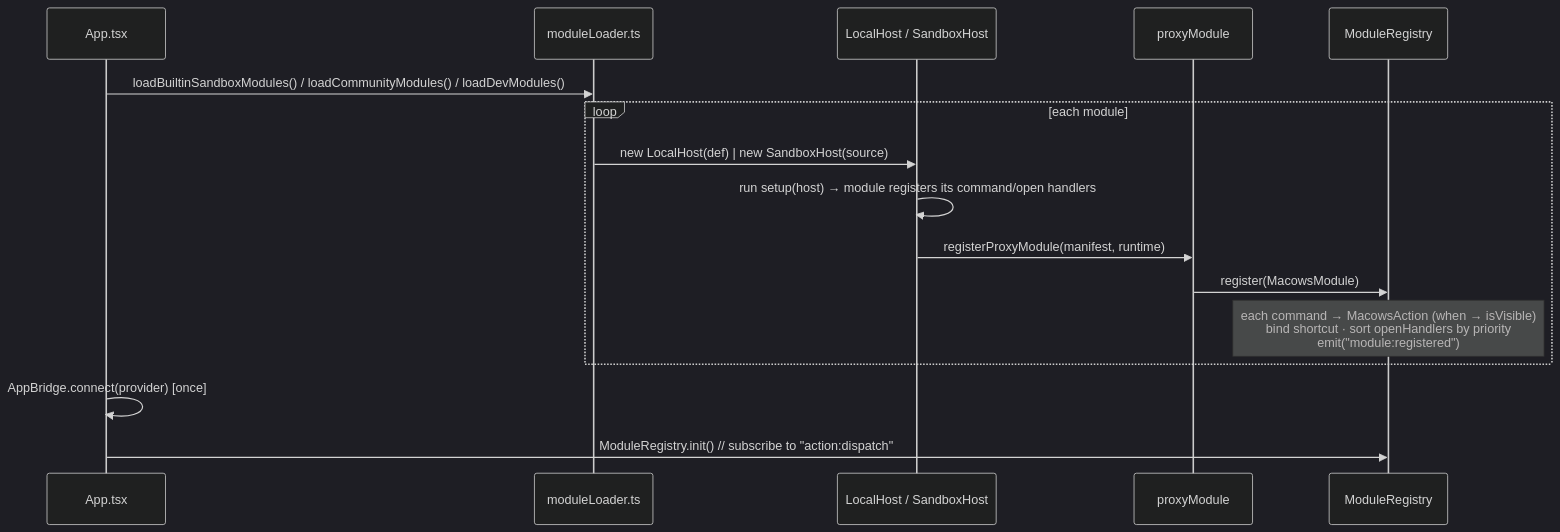
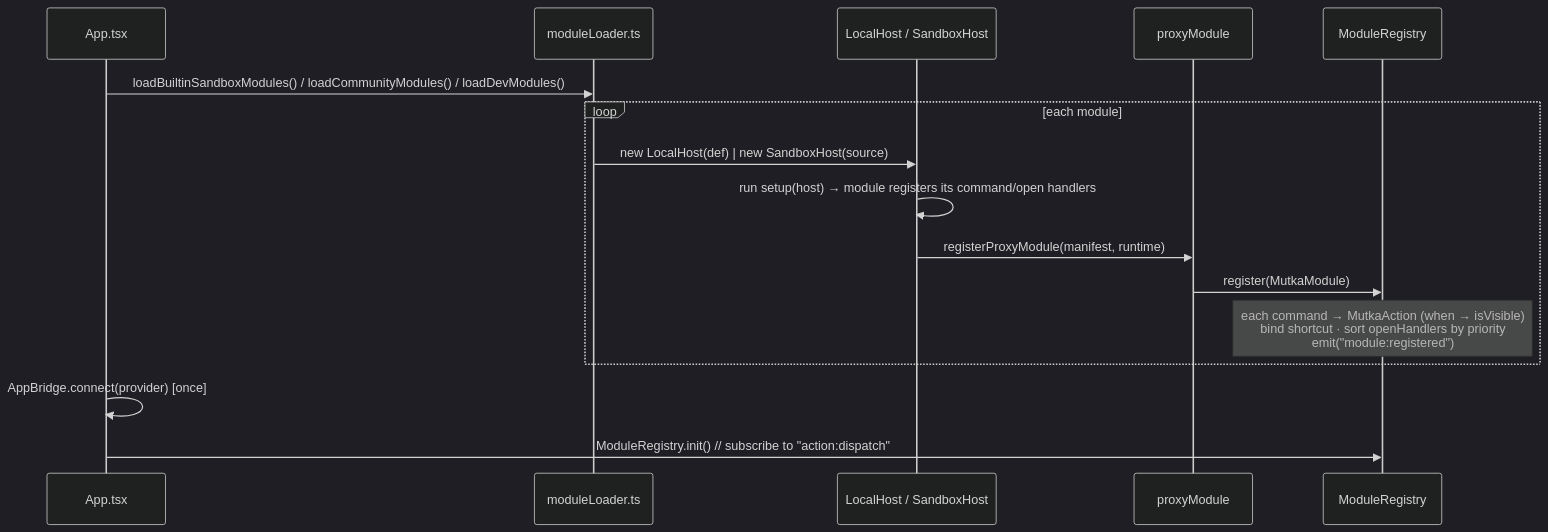
Before and after one commit to ilianAZZ/mutka: the third of 3 diagrams in docs/architecture.md, drawn with Mermaid (dark theme). The commit also changed other lines of this file and 63 other files, not shown here.

Commit message:
Rename Macows to Mutka, update image

````diff
--- a/docs/architecture.md
+++ b/docs/architecture.md
@@ -224,19 +224,19 @@
 ```mermaid
 sequenceDiagram
   participant App as App.tsx
   participant Loader as moduleLoader.ts
   participant Host as LocalHost / SandboxHost
   participant PM as proxyModule
   participant MR as ModuleRegistry
 
   App->>Loader: loadBuiltinSandboxModules() / loadCommunityModules() / loadDevModules()
   loop each module
     Loader->>Host: new LocalHost(def) | new SandboxHost(source)
     Host->>Host: run setup(host) → module registers its command/open handlers
     Host->>PM: registerProxyModule(manifest, runtime)
-    PM->>MR: register(MacowsModule)
-    Note over MR: each command → MacowsAction (when → isVisible)<br/>bind shortcut · sort openHandlers by priority<br/>emit("module:registered")
+    PM->>MR: register(MutkaModule)
+    Note over MR: each command → MutkaAction (when → isVisible)<br/>bind shortcut · sort openHandlers by priority<br/>emit("module:registered")
   end
   App->>App: AppBridge.connect(provider) [once]
   App->>MR: ModuleRegistry.init()  // subscribe to "action:dispatch"
 ```
````
